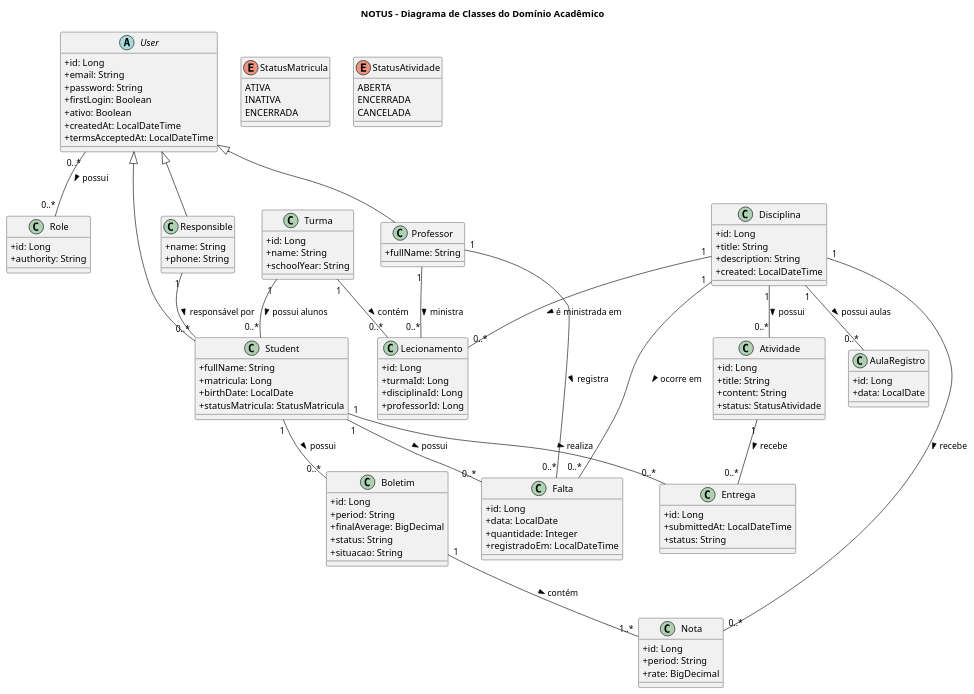
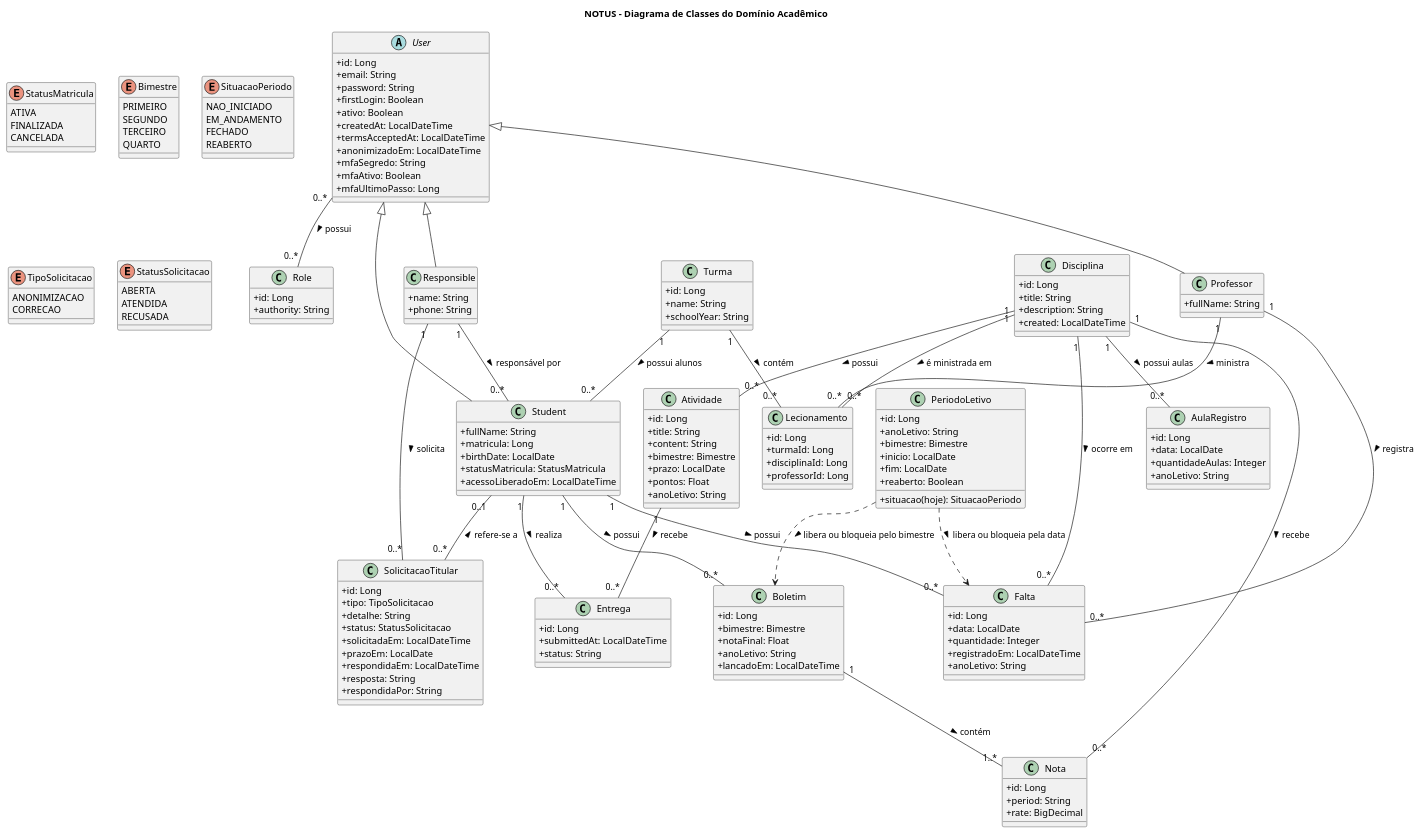
Before and after one commit to Notus-TD/NOTUS: the diagram in arquivo/diagrama-classes-notus.puml, drawn with PlantUML. The commit also changed 279 other files, not shown here.

```diff
--- a/arquivo/diagrama-classes-notus.puml
+++ b/arquivo/diagrama-classes-notus.puml
@@ -1,134 +1,191 @@
 @startuml
 title NOTUS - Diagrama de Classes do Domínio Acadêmico
 
 skinparam classAttributeIconSize 0
 skinparam monochrome false
 skinparam shadowing false
 
 abstract class User {
   +id: Long
   +email: String
   +password: String
   +firstLogin: Boolean
   +ativo: Boolean
   +createdAt: LocalDateTime
   +termsAcceptedAt: LocalDateTime
+  +anonimizadoEm: LocalDateTime
+  +mfaSegredo: String
+  +mfaAtivo: Boolean
+  +mfaUltimoPasso: Long
 }
 
 class Role {
   +id: Long
   +authority: String
 }
 
 class Student {
   +fullName: String
   +matricula: Long
   +birthDate: LocalDate
   +statusMatricula: StatusMatricula
+  +acessoLiberadoEm: LocalDateTime
 }
 
 class Responsible {
   +name: String
   +phone: String
 }
 
 class Professor {
   +fullName: String
 }
 
 class Turma {
   +id: Long
   +name: String
   +schoolYear: String
 }
 
 class Disciplina {
   +id: Long
   +title: String
   +description: String
   +created: LocalDateTime
 }
 
 class Lecionamento {
   +id: Long
   +turmaId: Long
   +disciplinaId: Long
   +professorId: Long
 }
 
 class Atividade {
   +id: Long
   +title: String
   +content: String
-  +status: StatusAtividade
+  +bimestre: Bimestre
+  +prazo: LocalDate
+  +pontos: Float
+  +anoLetivo: String
 }
 
 class Entrega {
   +id: Long
   +submittedAt: LocalDateTime
   +status: String
 }
 
 class Boletim {
   +id: Long
-  +period: String
-  +finalAverage: BigDecimal
-  +status: String
-  +situacao: String
+  +bimestre: Bimestre
+  +notaFinal: Float
+  +anoLetivo: String
+  +lancadoEm: LocalDateTime
 }
 
 class Nota {
   +id: Long
   +period: String
   +rate: BigDecimal
 }
 
 class AulaRegistro {
   +id: Long
   +data: LocalDate
+  +quantidadeAulas: Integer
+  +anoLetivo: String
 }
 
 class Falta {
   +id: Long
   +data: LocalDate
   +quantidade: Integer
   +registradoEm: LocalDateTime
+  +anoLetivo: String
+}
+
+class PeriodoLetivo {
+  +id: Long
+  +anoLetivo: String
+  +bimestre: Bimestre
+  +inicio: LocalDate
+  +fim: LocalDate
+  +reaberto: Boolean
+  +situacao(hoje): SituacaoPeriodo
+}
+
+class SolicitacaoTitular {
+  +id: Long
+  +tipo: TipoSolicitacao
+  +detalhe: String
+  +status: StatusSolicitacao
+  +solicitadaEm: LocalDateTime
+  +prazoEm: LocalDate
+  +respondidaEm: LocalDateTime
+  +resposta: String
+  +respondidaPor: String
 }
 
 enum StatusMatricula {
   ATIVA
-  INATIVA
-  ENCERRADA
+  FINALIZADA
+  CANCELADA
 }
 
-enum StatusAtividade {
+enum Bimestre {
+  PRIMEIRO
+  SEGUNDO
+  TERCEIRO
+  QUARTO
+}
+
+enum SituacaoPeriodo {
+  NAO_INICIADO
+  EM_ANDAMENTO
+  FECHADO
+  REABERTO
+}
+
+enum TipoSolicitacao {
+  ANONIMIZACAO
+  CORRECAO
+}
+
+enum StatusSolicitacao {
   ABERTA
-  ENCERRADA
-  CANCELADA
+  ATENDIDA
+  RECUSADA
 }
 
 User "0..*" -- "0..*" Role : possui >
 User <|-- Student
 User <|-- Responsible
 User <|-- Professor
 
 Responsible "1" -- "0..*" Student : responsável por >
 Turma "1" -- "0..*" Student : possui alunos >
 Professor "1" -- "0..*" Lecionamento : ministra >
 Turma "1" -- "0..*" Lecionamento : contém >
 Disciplina "1" -- "0..*" Lecionamento : é ministrada em >
 
 Disciplina "1" -- "0..*" Atividade : possui >
 Student "1" -- "0..*" Entrega : realiza >
 Atividade "1" -- "0..*" Entrega : recebe >
 
 Student "1" -- "0..*" Boletim : possui >
 Boletim "1" -- "1..*" Nota : contém >
 Disciplina "1" -- "0..*" Nota : recebe >
 
 Disciplina "1" -- "0..*" AulaRegistro : possui aulas >
 Student "1" -- "0..*" Falta : possui >
 Disciplina "1" -- "0..*" Falta : ocorre em >
 Professor "1" -- "0..*" Falta : registra >
 
+Responsible "1" -- "0..*" SolicitacaoTitular : solicita >
+Student "0..1" -- "0..*" SolicitacaoTitular : refere-se a <
+PeriodoLetivo ..> Falta : libera ou bloqueia pela data >
+PeriodoLetivo ..> Boletim : libera ou bloqueia pelo bimestre >
+
 @enduml
```
